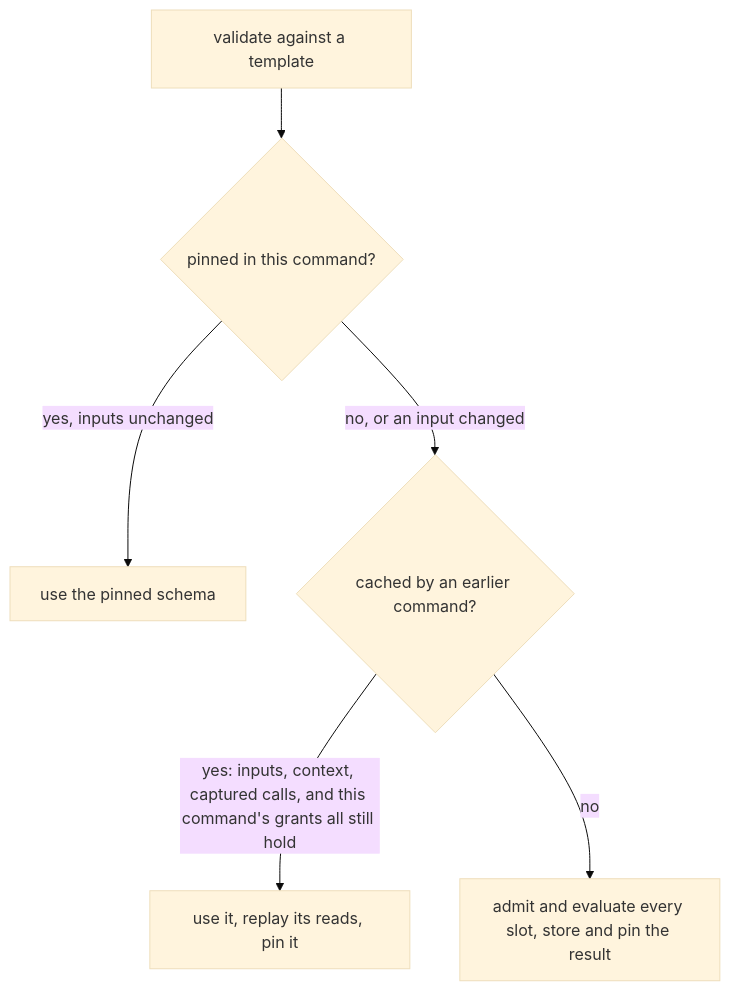
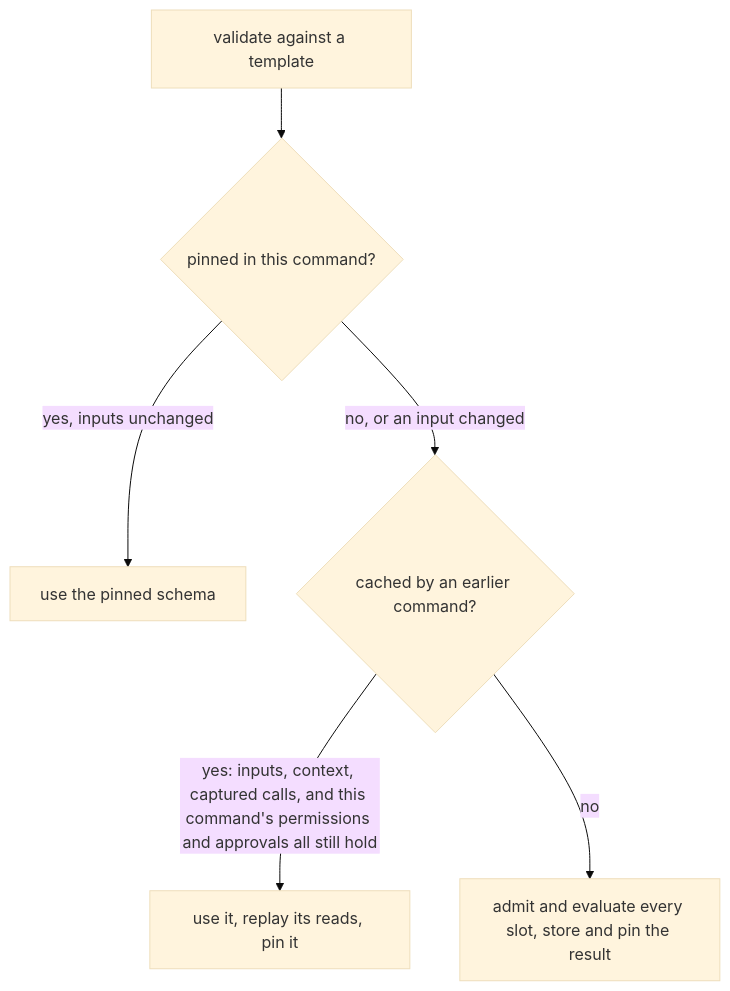
The third of 4 diagrams in darkmatter/docs/topics/schemas/schema-slots.md (yankeeinlondon/rusty-biscuit), drawn with Mermaid (base theme) before and after one commit. The commit also changed other lines of this file and 285 other files, not shown here.

First line of the commit message:
feat(darkmatter): enforce captured permissions across composition

````diff
--- a/darkmatter/docs/topics/schemas/schema-slots.md
+++ b/darkmatter/docs/topics/schemas/schema-slots.md
@@ -523,8 +576,8 @@
 ```mermaid
 flowchart TD
     A[validate against a template] --> B{pinned in this command?}
     B -- yes, inputs unchanged --> P[use the pinned schema]
     B -- no, or an input changed --> C{cached by an earlier command?}
-    C -- "yes: inputs, context, captured calls, and this command's grants all still hold" --> Q[use it, replay its reads, pin it]
+    C -- "yes: inputs, context, captured calls, and this command's permissions and approvals all still hold" --> Q[use it, replay its reads, pin it]
     C -- no --> R[admit and evaluate every slot, store and pin the result]
 ```
````
